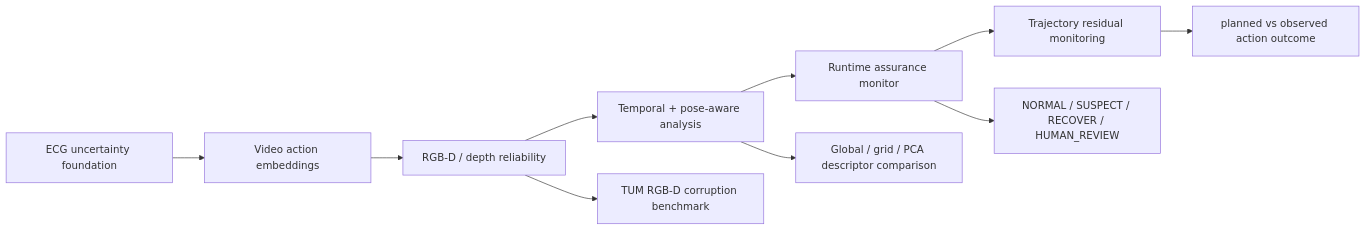
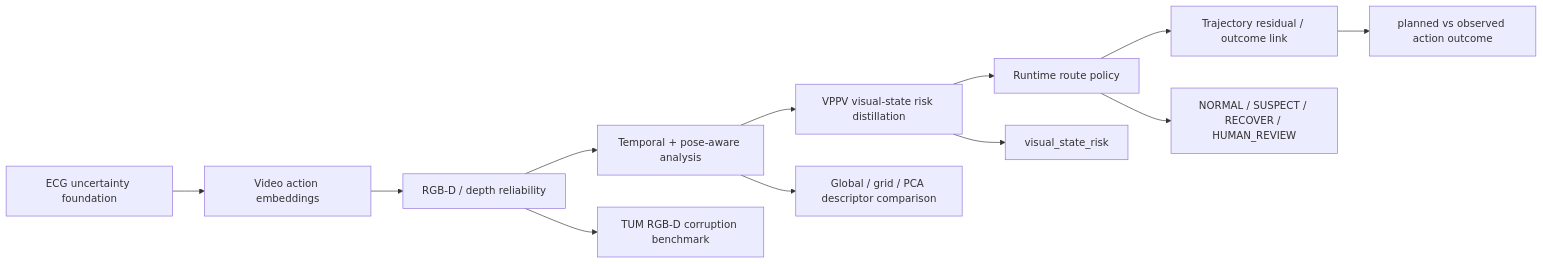
Before and after one commit to Tengyu-w/reliability-aware-robot-perception: the diagram in docs/project_overview.md, drawn with Mermaid. The commit also changed other lines of this file and 20 other files, not shown here.

Commit message:
upgrade vppv perception reliability monitor

````diff
--- a/docs/project_overview.md
+++ b/docs/project_overview.md
@@ -16,13 +17,15 @@
 ```mermaid
 flowchart LR
     A["ECG uncertainty foundation"] --> B["Video action embeddings"]
     B --> C["RGB-D / depth reliability"]
     C --> D["Temporal + pose-aware analysis"]
-    D --> E["Runtime assurance monitor"]
-    E --> F["Trajectory residual monitoring"]
+    D --> E["VPPV visual-state risk distillation"]
+    E --> F["Runtime route policy"]
+    F --> G["Trajectory residual / outcome link"]
 
     C --> C1["TUM RGB-D corruption benchmark"]
     D --> D1["Global / grid / PCA descriptor comparison"]
-    E --> E1["NORMAL / SUSPECT / RECOVER / HUMAN_REVIEW"]
-    F --> F1["planned vs observed action outcome"]
+    E --> E1["visual_state_risk"]
+    F --> F1["NORMAL / SUSPECT / RECOVER / HUMAN_REVIEW"]
+    G --> G1["planned vs observed action outcome"]
 ```
````
